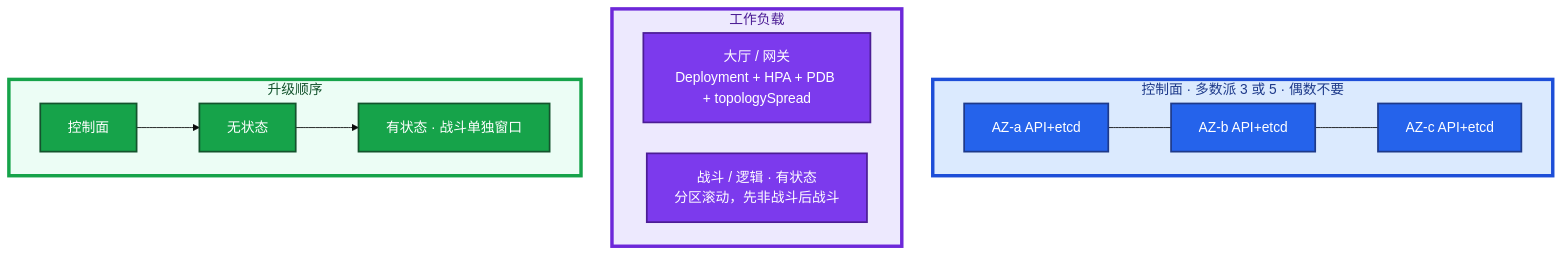
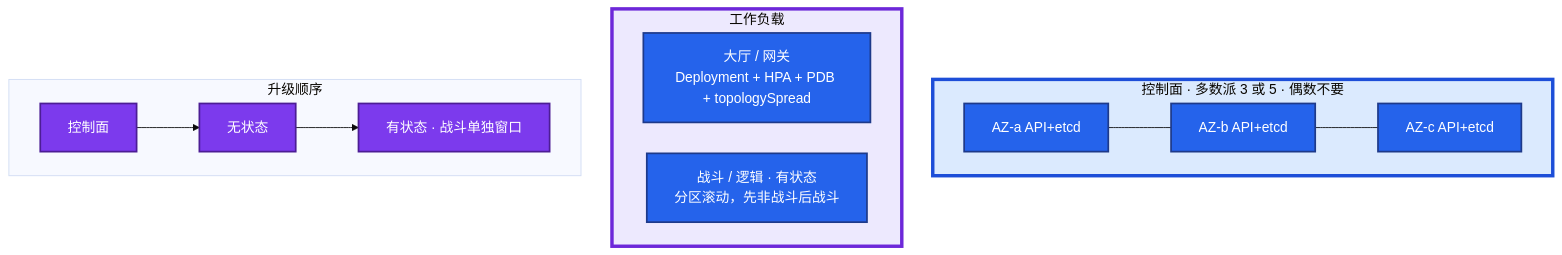
The seventh of 9 diagrams in 01-职业发展/03-系统设计/知识点.md (ml-cuizijun/LearnToLilith), drawn with Mermaid before and after one commit. The commit also changed other lines of this file and 213 other files, not shown here.

````diff
--- a/01-职业发展/03-系统设计/知识点.md
+++ b/01-职业发展/03-系统设计/知识点.md
@@ -328,30 +304,27 @@
 ```mermaid
 %%{init: {"flowchart": {"padding": 16, "nodeSpacing": 36, "rankSpacing": 48}, "theme": "base"}}%%
 flowchart TB
     subgraph cp ["控制面 · 多数派 3 或 5 · 偶数不要"]
         aza[AZ-a API+etcd]
         azb[AZ-b API+etcd]
         azc[AZ-c API+etcd]
         aza --- azb --- azc
     end
 
     subgraph wl ["工作负载"]
         hall[大厅 / 网关<br/>Deployment + HPA + PDB + topologySpread]
         fight[战斗 / 逻辑 · 有状态<br/>分区滚动，先非战斗后战斗]
     end
 
     subgraph up ["升级顺序"]
         u1[控制面] --> u2[无状态] --> u3[有状态 · 战斗单独窗口]
     end
 
     classDef a fill:#2563EB,stroke:#1E3A8A,stroke-width:2px,color:#fff
     classDef b fill:#7C3AED,stroke:#4C1D95,stroke-width:2px,color:#fff
-    classDef c fill:#16A34A,stroke:#14532D,stroke-width:2px,color:#fff
-    class aza,azb,azc a
-    class hall,fight b
-    class u1,u2,u3 c
+    class aza,azb,azc,hall,fight a
+    class u1,u2,u3 b
 
-    style cp fill:#DBEAFE,stroke:#1D4ED8,stroke-width:4px,color:#1E3A8A
-    style wl fill:#EDE9FE,stroke:#6D28D9,stroke-width:4px,color:#4C1D95
-    style up fill:#ECFDF5,stroke:#16A34A,stroke-width:4px,color:#14532D
+    style cp fill:#DBEAFE,stroke:#1D4ED8,stroke-width:4px
+    style wl fill:#EDE9FE,stroke:#6D28D9,stroke-width:4px
 ```
````
